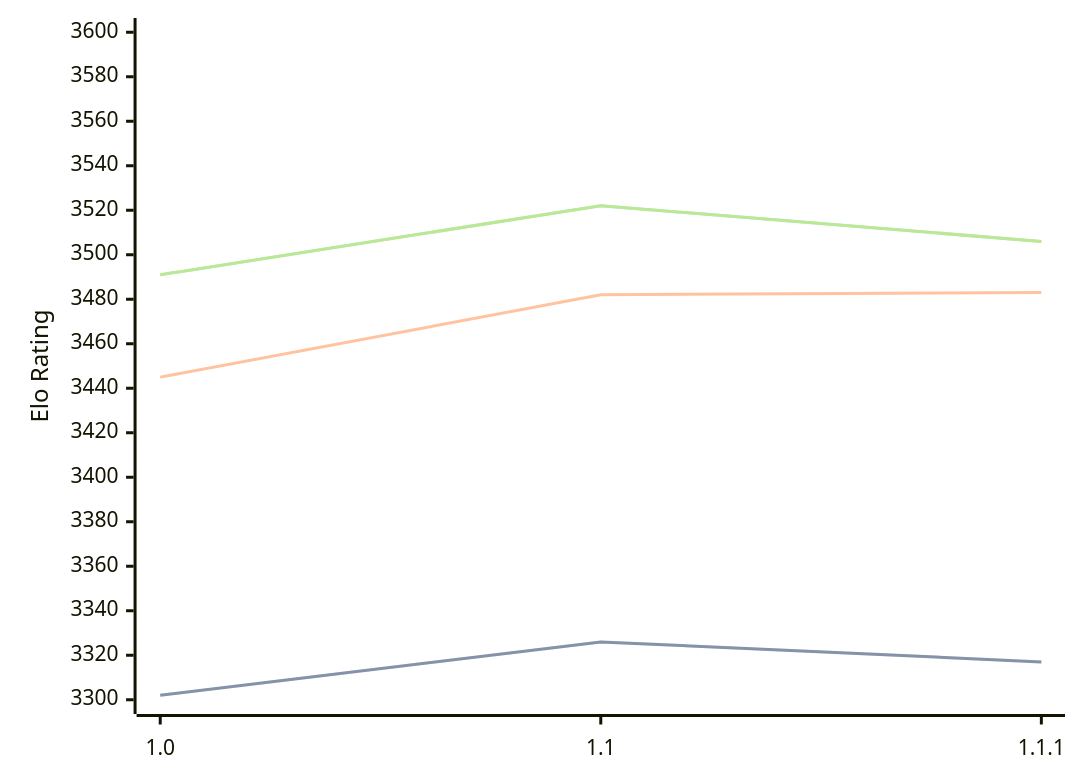
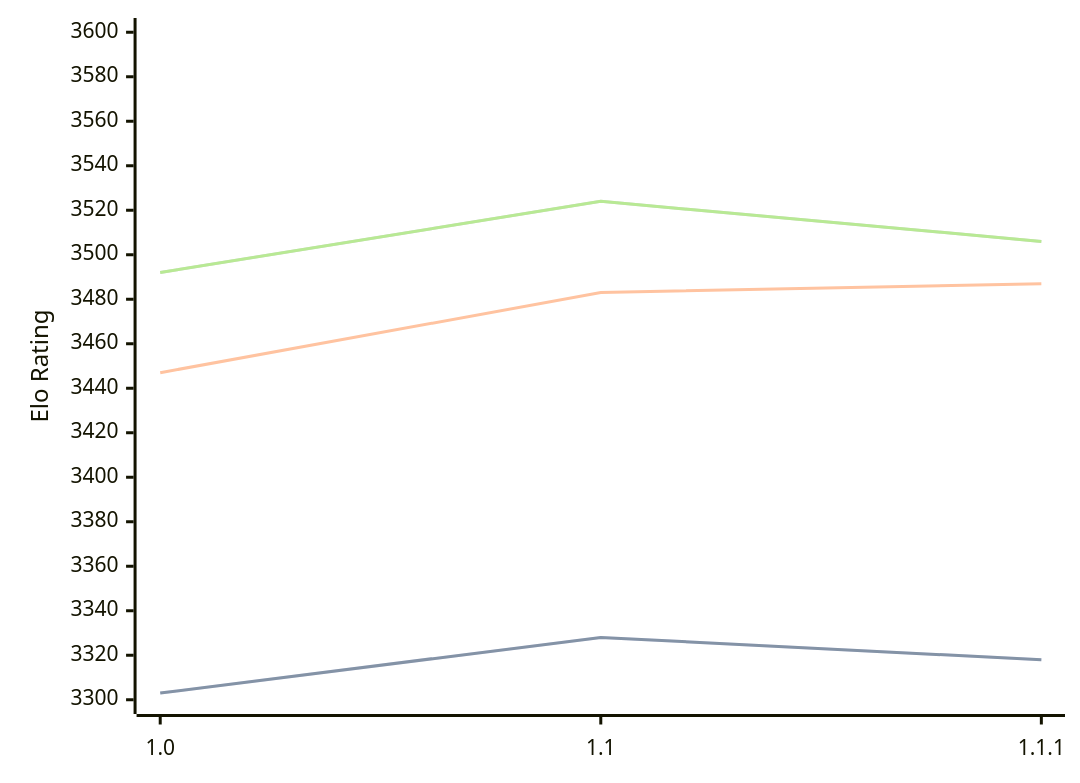
The diagram in engines/Icarus.md (computer-chess-index/cci), drawn with Mermaid before and after one commit. The commit also changed other lines of this file, not shown here.

Commit message:
Update CCI Ratings (ELO VLTC) - 2026-08-09

````diff
--- a/engines/Icarus.md
+++ b/engines/Icarus.md
@@ -33,11 +33,11 @@
 ```mermaid
 %%{init: {"theme":"base","themeVariables":{"seriesColors:['#a3a3a3','#222221','#faa371']}}}%%
 xychart-beta
   x-axis ["1.0", "1.1", "1.1.1"]
   y-axis "Elo Rating" 3300 --> 3600
-  line "STC (8.0+0.08s)" [3302, 3326, 3317]
-  line "STC (8.0+0.08s)" [3302, 3326, 3317]
-  line "LTC (60.0+0.60s)" [3445, 3482, 3483]
-  line "VLTC (2m24s+1.12s)" [3491, 3522, 3506]
-  line "VLTC (2m24s+1.12s)" [3491, 3522, 3506]
+  line "STC (8.0+0.08s)" [3303, 3328, 3318]
+  line "STC (8.0+0.08s)" [3303, 3328, 3318]
+  line "LTC (60.0+0.60s)" [3447, 3483, 3487]
+  line "VLTC (2m24s+1.12s)" [3492, 3524, 3506]
+  line "VLTC (2m24s+1.12s)" [3492, 3524, 3506]
 ```
````
